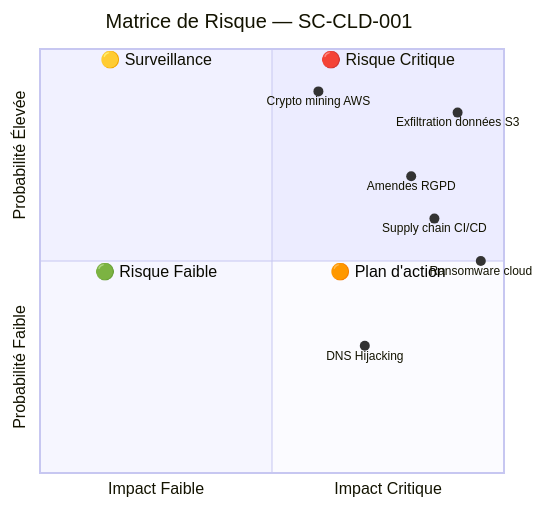
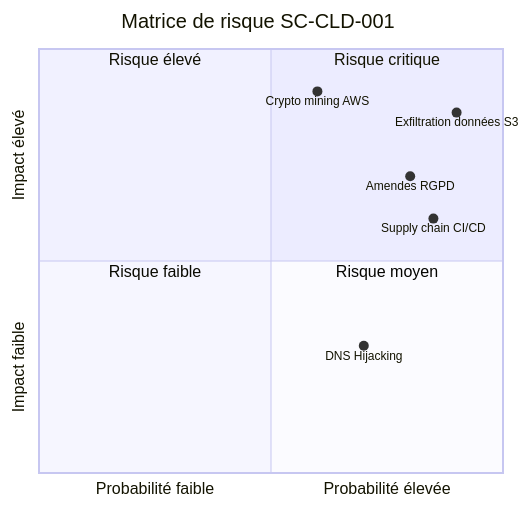
The third of 4 diagrams in docs/labs/cloud-lab/SC-CLD-001-sensitive-keys-in-codebases.md (hikenroot/hikenroot-forge), drawn with Mermaid before and after one commit. The commit also changed other lines of this file and 1 other file, not shown here.

Commit message:
docs: SC-CLD-001 rewrite external recon, SC-CLD-004 add Phase 0 post-exploitation context

````diff
--- a/docs/labs/cloud-lab/SC-CLD-001-sensitive-keys-in-codebases.md
+++ b/docs/labs/cloud-lab/SC-CLD-001-sensitive-keys-in-codebases.md
@@ -167,16 +283,15 @@
 ```mermaid
 quadrantChart
-    title Matrice de Risque — SC-CLD-001
-    x-axis "Impact Faible" --> "Impact Critique"
-    y-axis "Probabilité Faible" --> "Probabilité Élevée"
-    quadrant-1 "🔴 Risque Critique"
-    quadrant-2 "🟡 Surveillance"
-    quadrant-3 "🟢 Risque Faible"
-    quadrant-4 "🟠 Plan d'action"
-    "Exfiltration données S3": [0.9, 0.85]
-    "Crypto mining AWS": [0.6, 0.9]
-    "Ransomware cloud": [0.95, 0.5]
-    "DNS Hijacking": [0.7, 0.3]
-    "Supply chain CI/CD": [0.85, 0.6]
-    "Amendes RGPD": [0.8, 0.7]
+    title Matrice de risque SC-CLD-001
+    x-axis Probabilité faible --> Probabilité élevée
+    y-axis Impact faible --> Impact élevé
+    quadrant-1 Risque critique
+    quadrant-2 Risque élevé
+    quadrant-3 Risque faible
+    quadrant-4 Risque moyen
+    Exfiltration données S3: [0.90, 0.85]
+    Crypto mining AWS: [0.60, 0.90]
+    Supply chain CI/CD: [0.85, 0.60]
+    Amendes RGPD: [0.80, 0.70]
+    DNS Hijacking: [0.70, 0.30]
 ```
````
